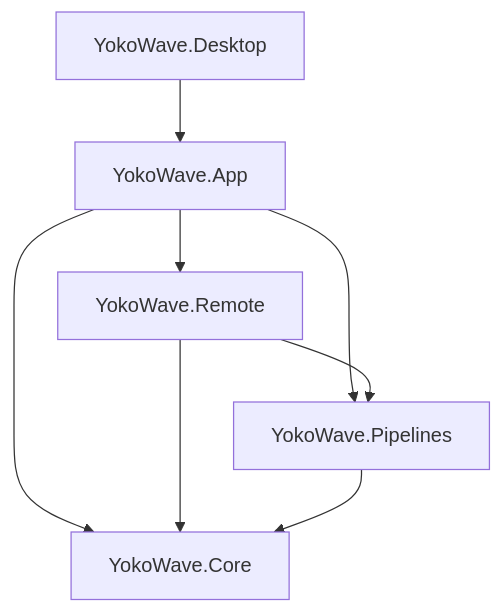
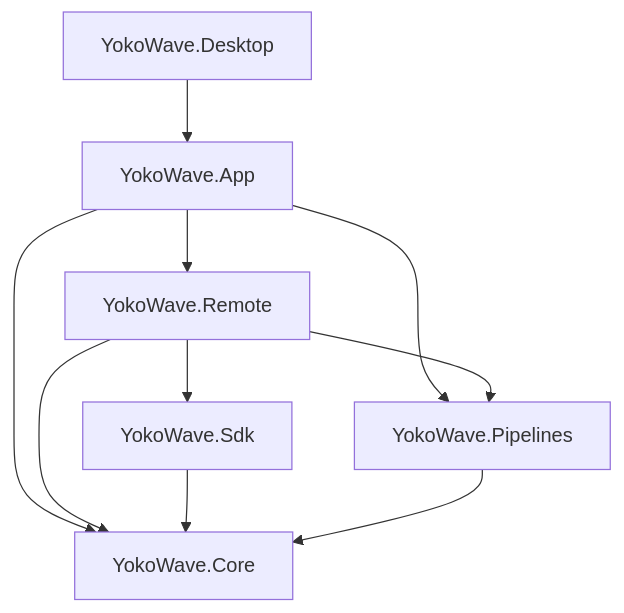
The diagram in docs/architecture.md (ajtn123/YokoWave), drawn with Mermaid before and after one commit. The commit also changed other lines of this file and 58 other files, not shown here.

````diff
--- a/docs/architecture.md
+++ b/docs/architecture.md
@@ -5,10 +5,12 @@
 ```mermaid
 flowchart TD
     Desktop[YokoWave.Desktop] --> App[YokoWave.App]
     App --> Remote[YokoWave.Remote]
     App --> Pipelines[YokoWave.Pipelines]
     App --> Core[YokoWave.Core]
     Remote --> Pipelines
     Remote --> Core
+    Remote --> Sdk[YokoWave.Sdk]
+    Sdk --> Core
     Pipelines --> Core
 ```
````
